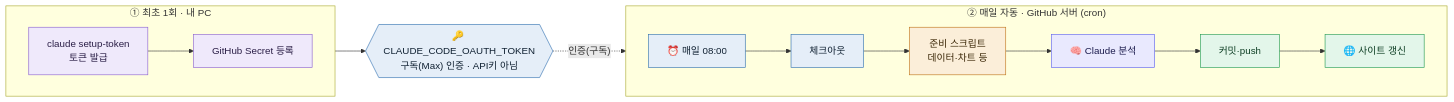
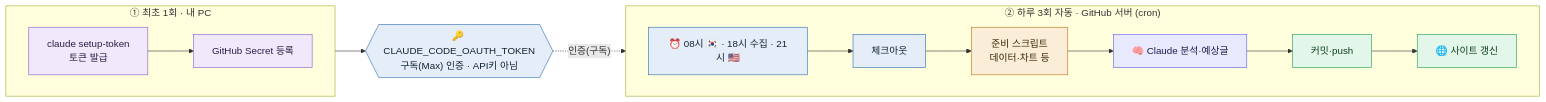
The first of 2 diagrams in docs/OVERVIEW.md (gks930620/stock-daily), drawn with Mermaid before and after one commit. The commit also changed other lines of this file and 5 other files, not shown here.

````diff
--- a/docs/OVERVIEW.md
+++ b/docs/OVERVIEW.md
@@ -14,22 +14,22 @@
 ```mermaid
 flowchart LR
   subgraph SETUP["① 최초 1회 · 내 PC"]
     direction LR
     A["claude setup-token<br/>토큰 발급"] --> B["GitHub Secret 등록"]
   end
   B --> KEY{{"🔑 CLAUDE_CODE_OAUTH_TOKEN<br/>구독(Max) 인증 · API키 아님"}}
 
-  subgraph DAILY["② 매일 자동 · GitHub 서버 (cron)"]
+  subgraph DAILY["② 하루 3회 자동 · GitHub 서버 (cron)"]
     direction LR
-    C["⏰ 매일 08:00"] --> D["체크아웃"] --> E["준비 스크립트<br/>데이터·차트 등"] --> F["🧠 Claude 분석"] --> G["커밋·push"] --> H["🌐 사이트 갱신"]
+    C["⏰ 08시 🇰🇷 · 18시 수집 · 21시 🇺🇸"] --> D["체크아웃"] --> E["준비 스크립트<br/>데이터·차트 등"] --> F["🧠 Claude 분석·예상글"] --> G["커밋·push"] --> H["🌐 사이트 갱신"]
   end
 
   KEY -. "인증(구독)" .-> F
 
   classDef setup fill:#efe9fb,stroke:#8a5fd0,color:#2a1e46;
   classDef cloud fill:#e5eef8,stroke:#2f6fb0,color:#123;
   classDef proc  fill:#fbeed9,stroke:#bf7318,color:#3a2606;
   classDef ai    fill:#e9e9fe,stroke:#5b5ff0,color:#1c1c4d;
   classDef pub   fill:#e3f6ea,stroke:#219a52,color:#0c3d22;
   class A,B setup; class KEY,C,D cloud; class E proc; class F ai; class G,H pub;
 ```
````
